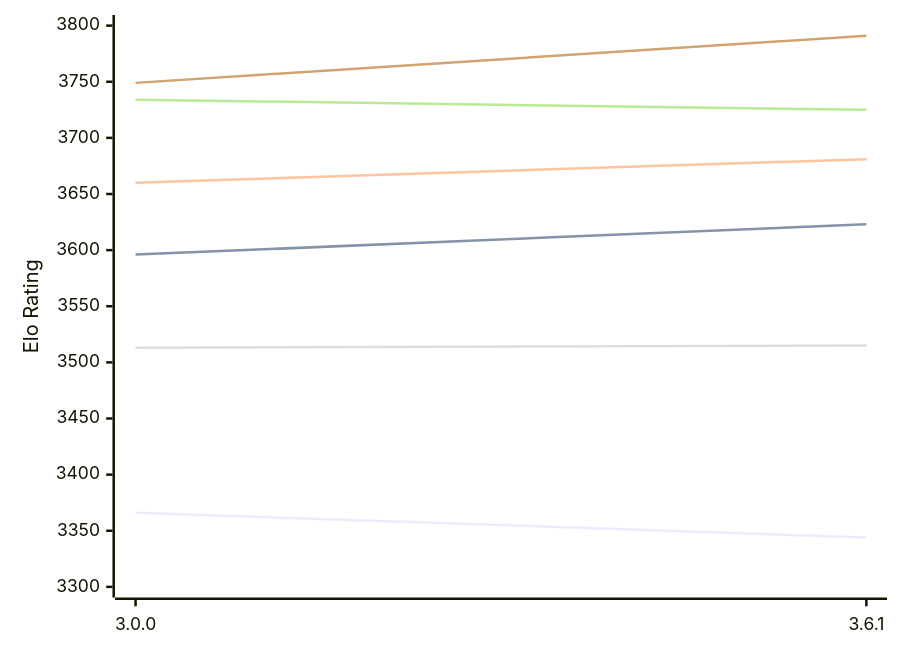
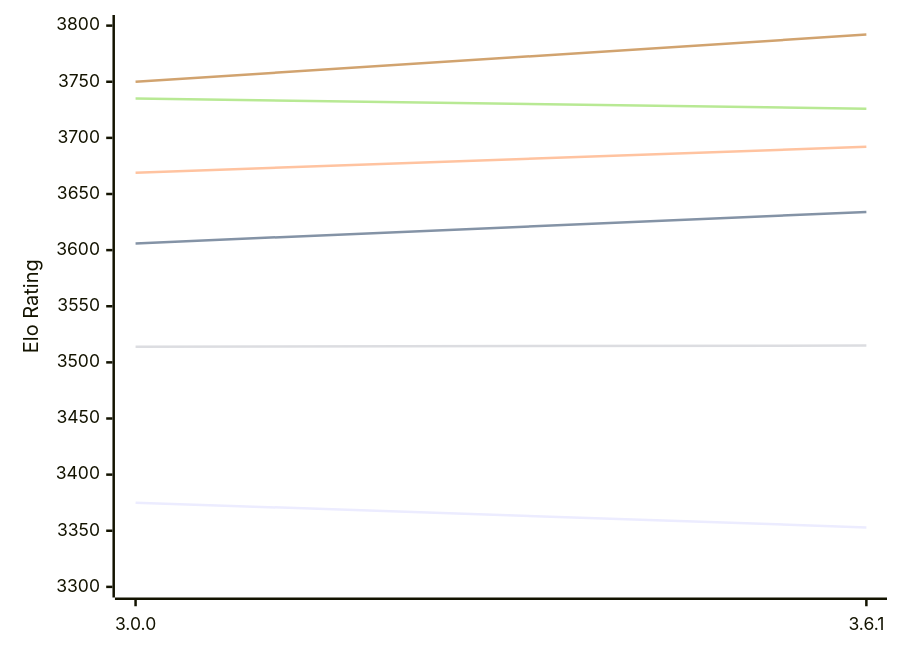
Before and after one commit to computer-chess-index/cci: the diagram in engines/Peras.md, drawn with Mermaid. The commit also changed other lines of this file, not shown here.

Commit message:
Update CCI Ratings (ELO VLTC) - 2026-11-07

````diff
--- a/engines/Peras.md
+++ b/engines/Peras.md
@@ -49,12 +49,12 @@
 ```mermaid
 %%{init: {"theme":"base","themeVariables":{"seriesColors:['#a3a3a3','#222221','#faa371']}}}%%
 xychart-beta
   x-axis ["3.0.0", "3.6.1"]
   y-axis "Elo Rating" 3300 --> 3800
-  line "E1: STC (8.0+0.08s)" [3366, 3344]
-  line "E1: LTC (60.0+0.60s)" [3596, 3623]
-  line "E1: VLTC (2m24s+1.12s)" [3660, 3681]
-  line "P1: STC (8.0+0.08s)" [3513, 3515]
-  line "P1: LTC (60.0+0.60s)" [3734, 3725]
-  line "P1: VLTC (2m24s+1.12s)" [3749, 3791]
+  line "E1: STC (8.0+0.08s)" [3375, 3353]
+  line "E1: LTC (60.0+0.60s)" [3606, 3634]
+  line "E1: VLTC (2m24s+1.12s)" [3669, 3692]
+  line "P1: STC (8.0+0.08s)" [3514, 3515]
+  line "P1: LTC (60.0+0.60s)" [3735, 3726]
+  line "P1: VLTC (2m24s+1.12s)" [3750, 3792]
 ```
````
